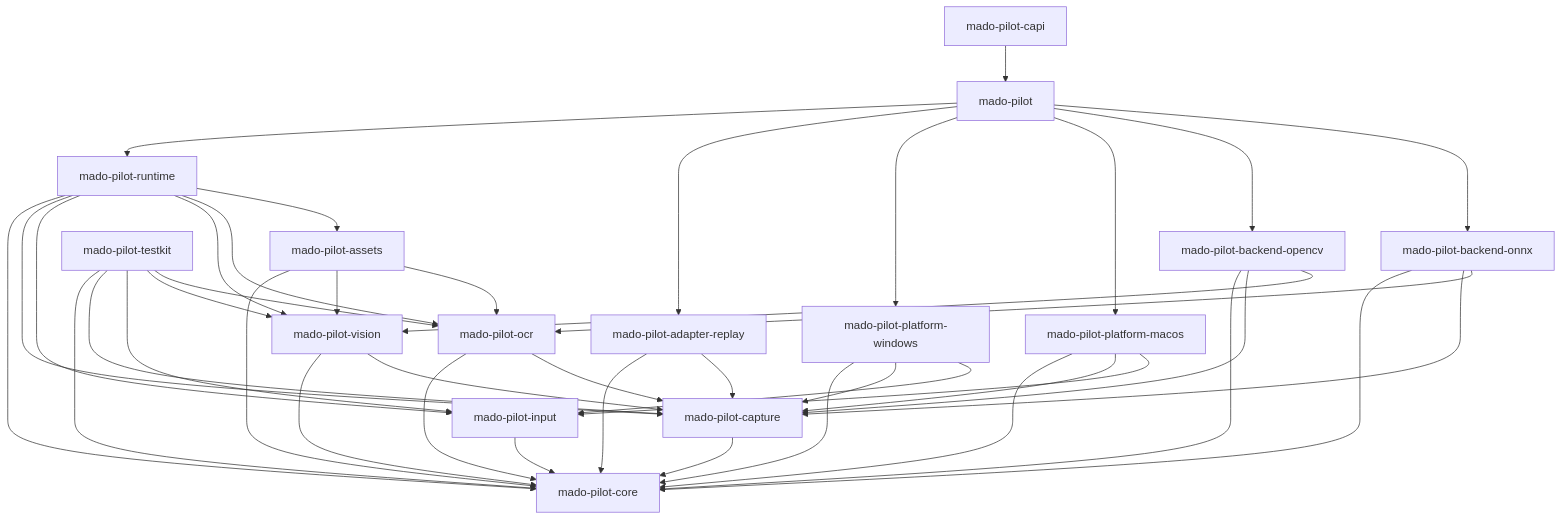
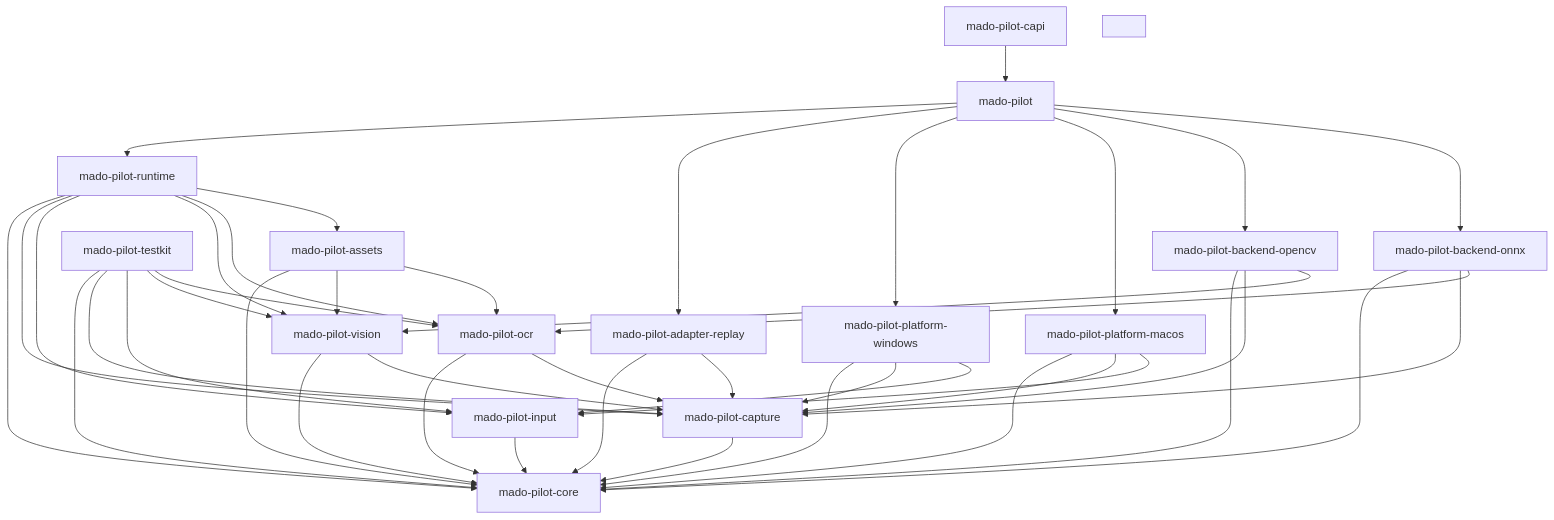
The first of 2 diagrams in docs/architecture.md (pashifika/mado-pilot), drawn with Mermaid before and after one commit. The commit also changed other lines of this file and 1 other file, not shown here.

Commit message:
docs(architecture): deduplicate architecture baseline and validation gates

````diff
--- a/docs/architecture.md
+++ b/docs/architecture.md
@@ -366,63 +217,64 @@
 ```mermaid
 graph TD
     Core[mado-pilot-core]
     Capture[mado-pilot-capture]
     Input[mado-pilot-input]
     Vision[mado-pilot-vision]
     OCR[mado-pilot-ocr]
     Assets[mado-pilot-assets]
     Runtime[mado-pilot-runtime]
     Replay[mado-pilot-adapter-replay]
     Win[mado-pilot-platform-windows]
     Mac[mado-pilot-platform-macos]
     OpenCV[mado-pilot-backend-opencv]
     ONNX[mado-pilot-backend-onnx]
     Facade[mado-pilot]
     CAPI[mado-pilot-capi]
     Testkit[mado-pilot-testkit]
 
     Capture --> Core
     Input --> Core
     Vision --> Core
     Vision --> Capture
     OCR --> Core
     OCR --> Capture
     Assets --> Core
     Assets --> Vision
     Assets --> OCR
     Runtime --> Core
     Runtime --> Capture
     Runtime --> Input
     Runtime --> Vision
+    OCR_R[ ]
     Runtime --> OCR
     Runtime --> Assets
 
     Replay --> Core
     Replay --> Capture
     Win --> Core
     Win --> Capture
     Win --> Input
     Mac --> Core
     Mac --> Capture
     Mac --> Input
     OpenCV --> Core
     OpenCV --> Capture
     OpenCV --> Vision
     ONNX --> Core
     ONNX --> Capture
     ONNX --> OCR
 
     Facade --> Runtime
     Facade --> Replay
     Facade --> Win
     Facade --> Mac
     Facade --> OpenCV
     Facade --> ONNX
     CAPI --> Facade
 
     Testkit --> Core
     Testkit --> Capture
     Testkit --> Input
     Testkit --> Vision
     Testkit --> OCR
 ```
````
